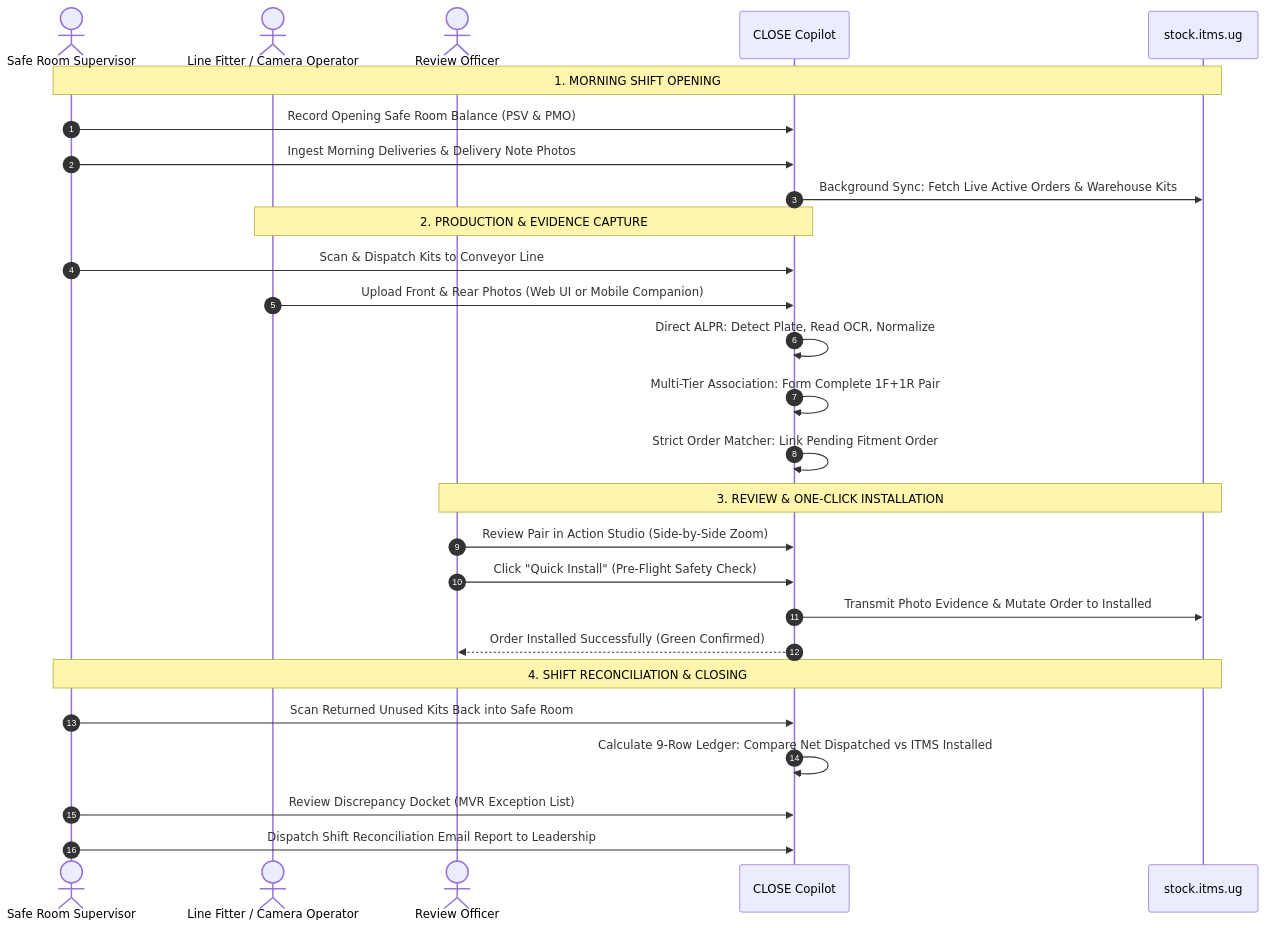
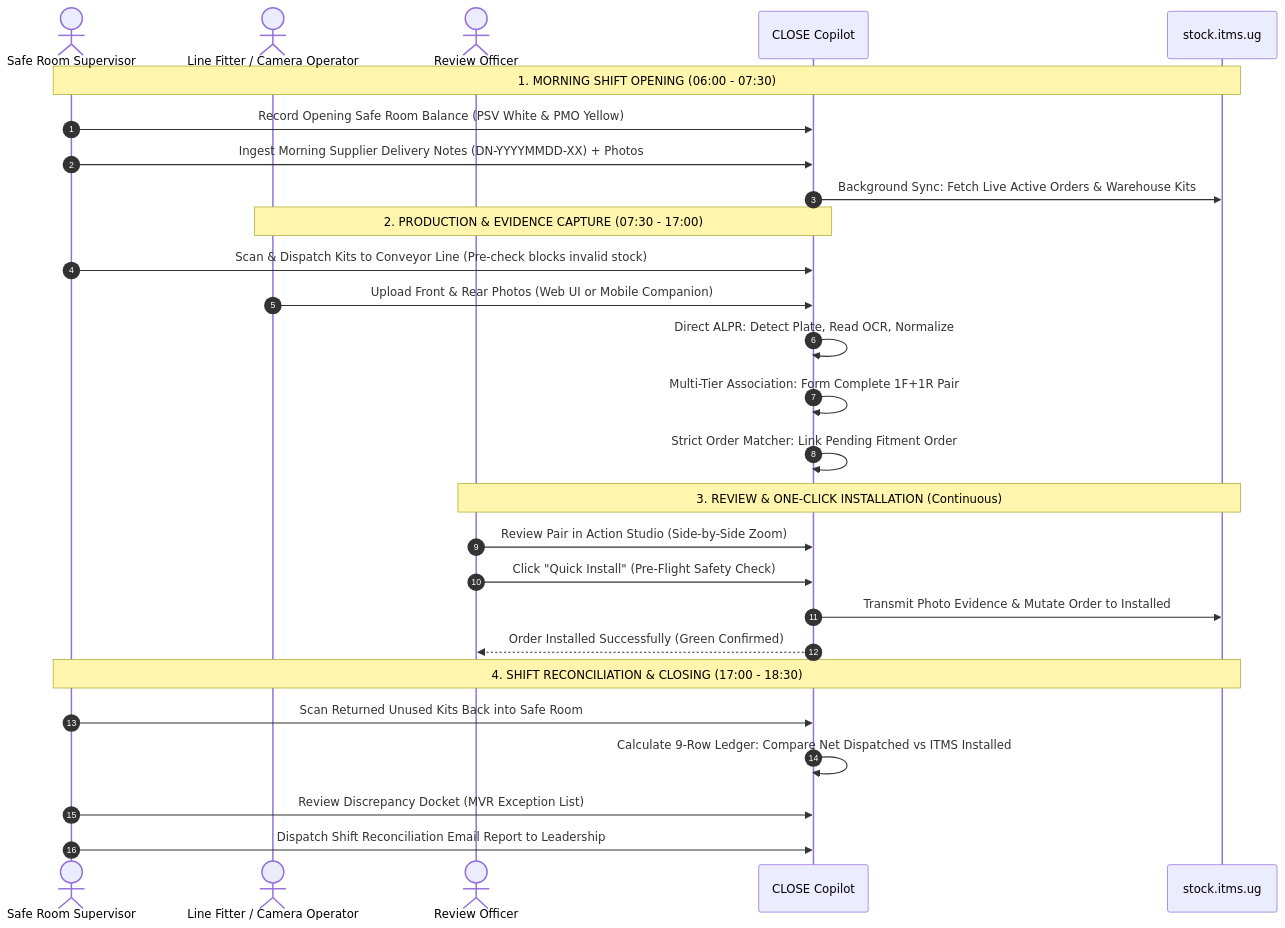
One commit to KIREX01/itms_verification changed the third of 4 diagrams in docs/APP_OVERVIEW.md. Above: the diagram before and after it, drawn with Mermaid. The commit also changed other lines of this file, not shown here.

````diff
--- a/docs/APP_OVERVIEW.md
+++ b/docs/APP_OVERVIEW.md
@@ -184,33 +248,33 @@
 ```mermaid
 sequenceDiagram
     autonumber
     actor Sup as Safe Room Supervisor
     actor Fitter as Line Fitter / Camera Operator
     actor MVR as Review Officer
     participant Sys as CLOSE Copilot
     participant ITMS as stock.itms.ug
 
-    Note over Sup,ITMS: 1. MORNING SHIFT OPENING
-    Sup->>Sys: Record Opening Safe Room Balance (PSV & PMO)
-    Sup->>Sys: Ingest Morning Deliveries & Delivery Note Photos
+    Note over Sup,ITMS: 1. MORNING SHIFT OPENING (06:00 - 07:30)
+    Sup->>Sys: Record Opening Safe Room Balance (PSV White & PMO Yellow)
+    Sup->>Sys: Ingest Morning Supplier Delivery Notes (DN-YYYYMMDD-XX) + Photos
     Sys->>ITMS: Background Sync: Fetch Live Active Orders & Warehouse Kits
 
-    Note over Fitter,Sys: 2. PRODUCTION & EVIDENCE CAPTURE
-    Sup->>Sys: Scan & Dispatch Kits to Conveyor Line
+    Note over Fitter,Sys: 2. PRODUCTION & EVIDENCE CAPTURE (07:30 - 17:00)
+    Sup->>Sys: Scan & Dispatch Kits to Conveyor Line (Pre-check blocks invalid stock)
     Fitter->>Sys: Upload Front & Rear Photos (Web UI or Mobile Companion)
     Sys->>Sys: Direct ALPR: Detect Plate, Read OCR, Normalize
     Sys->>Sys: Multi-Tier Association: Form Complete 1F+1R Pair
     Sys->>Sys: Strict Order Matcher: Link Pending Fitment Order
 
-    Note over MVR,ITMS: 3. REVIEW & ONE-CLICK INSTALLATION
+    Note over MVR,ITMS: 3. REVIEW & ONE-CLICK INSTALLATION (Continuous)
     MVR->>Sys: Review Pair in Action Studio (Side-by-Side Zoom)
     MVR->>Sys: Click "Quick Install" (Pre-Flight Safety Check)
     Sys->>ITMS: Transmit Photo Evidence & Mutate Order to Installed
     Sys-->>MVR: Order Installed Successfully (Green Confirmed)
 
-    Note over Sup,ITMS: 4. SHIFT RECONCILIATION & CLOSING
+    Note over Sup,ITMS: 4. SHIFT RECONCILIATION & CLOSING (17:00 - 18:30)
     Sup->>Sys: Scan Returned Unused Kits Back into Safe Room
     Sys->>Sys: Calculate 9-Row Ledger: Compare Net Dispatched vs ITMS Installed
     Sup->>Sys: Review Discrepancy Docket (MVR Exception List)
     Sup->>Sys: Dispatch Shift Reconciliation Email Report to Leadership
 ```
````
